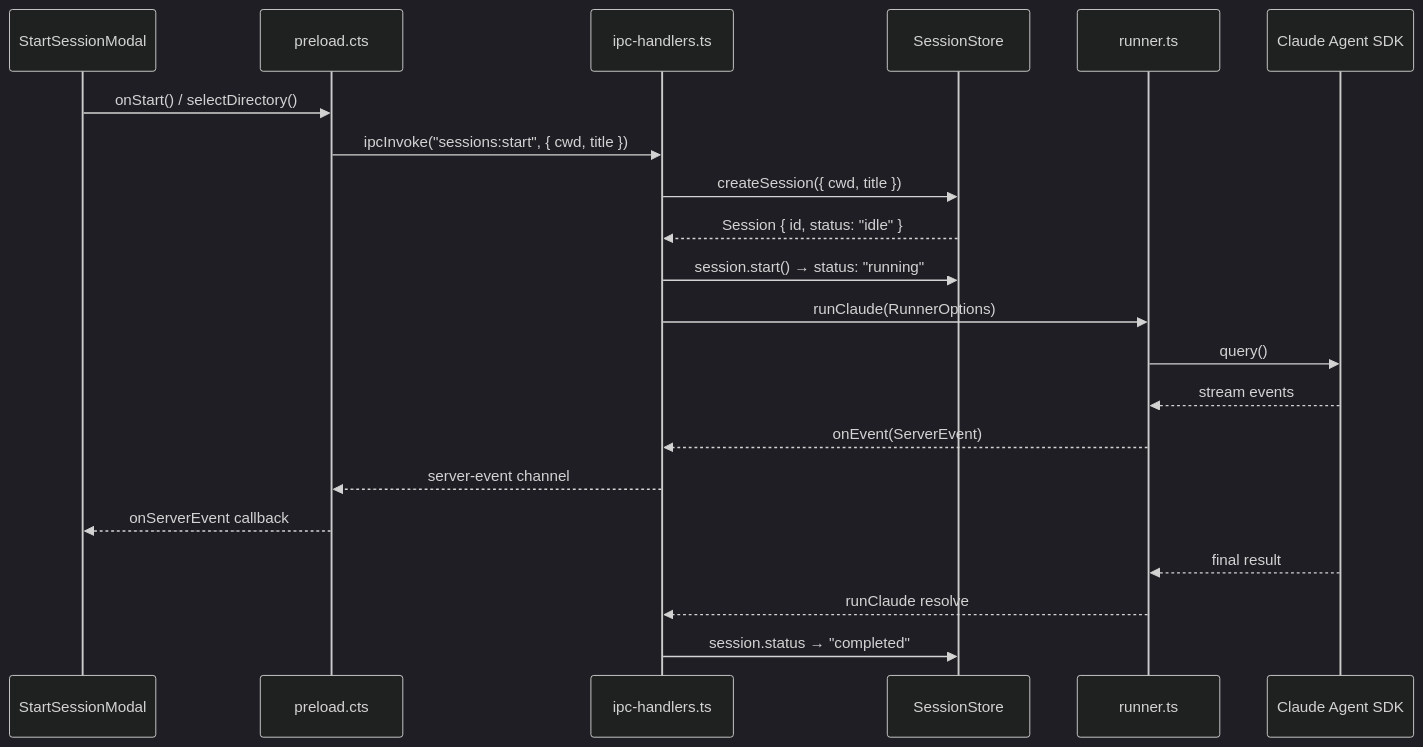
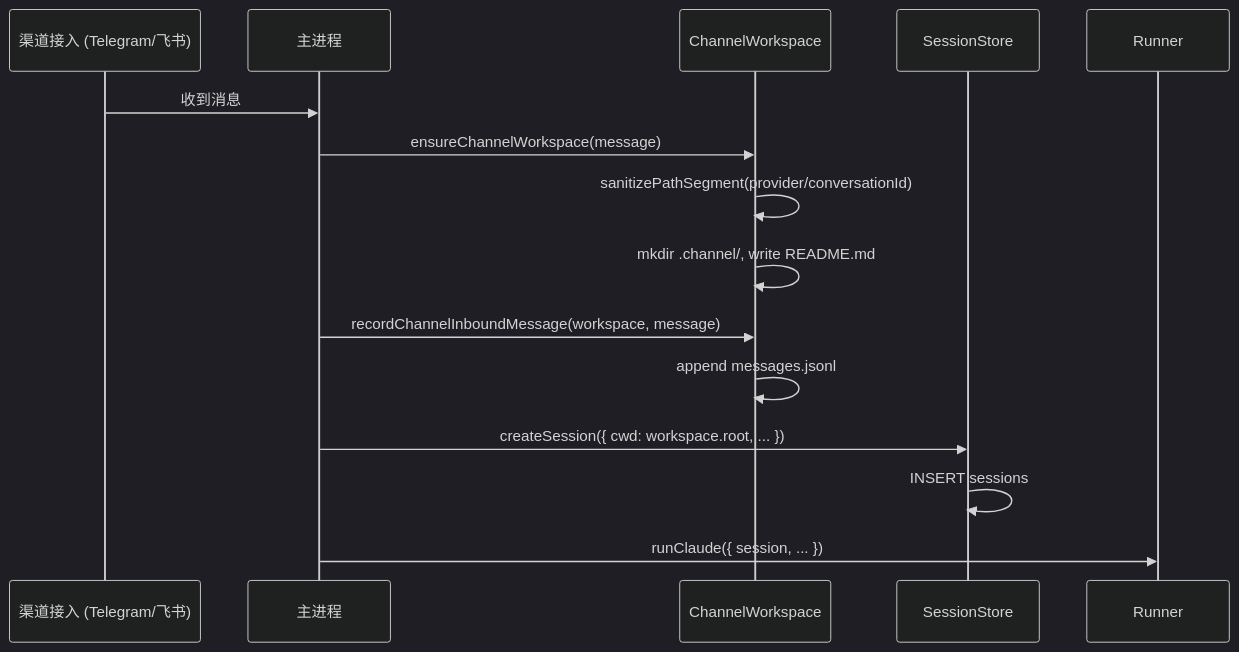
One commit to lst016/tech-cc-hub changed the third of 3 diagrams in .tech/repowiki/zh/content/核心模块规格/会话与历史系统总览.md. Above: the diagram before and after it, drawn with Mermaid (dark theme). The commit also changed other lines of this file and 129 other files, not shown here.

````diff
--- a/.tech/repowiki/zh/content/核心模块规格/会话与历史系统总览.md
+++ b/.tech/repowiki/zh/content/核心模块规格/会话与历史系统总览.md
@@ -153,24 +393,17 @@
 ```mermaid
 sequenceDiagram
-    participant UI as StartSessionModal
-    participant IPC as preload.cts
-    participant Main as ipc-handlers.ts
+    participant Channel as 渠道接入 (Telegram/飞书)
+    participant Main as 主进程
+    participant WS as ChannelWorkspace
     participant Store as SessionStore
-    participant Runner as runner.ts
-    participant SDK as Claude Agent SDK
 
-    UI->>IPC: onStart() / selectDirectory()
-    IPC->>Main: ipcInvoke("sessions:start", { cwd, title })
-    Main->>Store: createSession({ cwd, title })
-    Store-->>Main: Session { id, status: "idle" }
-    Main->>Store: session.start() → status: "running"
-    Main->>Runner: runClaude(RunnerOptions)
-    Runner->>SDK: query()
-    SDK-->>Runner: stream events
-    Runner-->>Main: onEvent(ServerEvent)
-    Main-->>IPC: server-event channel
-    IPC-->>UI: onServerEvent callback
-    SDK-->>Runner: final result
-    Runner-->>Main: runClaude resolve
-    Main->>Store: session.status → "completed"
+    Channel->>Main: 收到消息
+    Main->>WS: ensureChannelWorkspace(message)
+    WS->>WS: sanitizePathSegment(provider/conversationId)
+    WS->>WS: mkdir .channel/, write README.md
+    Main->>WS: recordChannelInboundMessage(workspace, message)
+    WS->>WS: append messages.jsonl
+    Main->>Store: createSession({ cwd: workspace.root, ... })
+    Store->>Store: INSERT sessions
+    Main->>Runner: runClaude({ session, ... })
 ```
````
